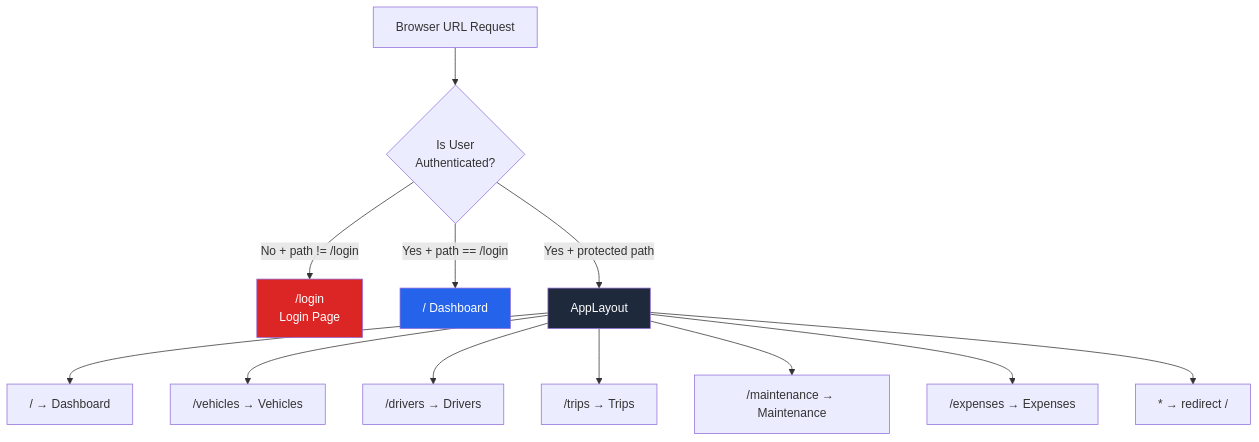
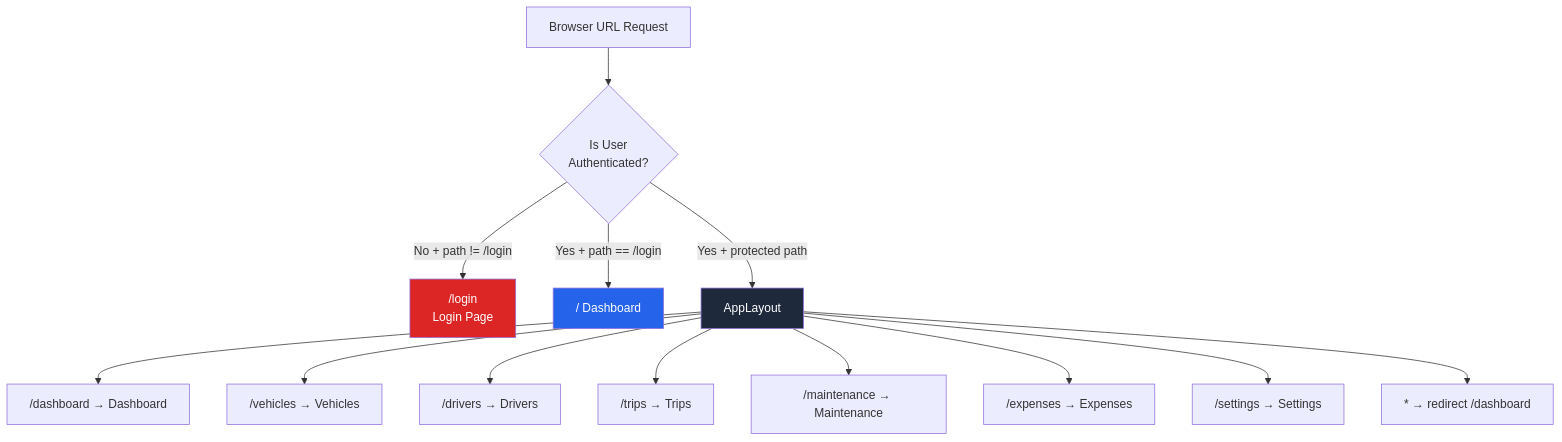
One commit to pvraguram/TransitOps-Smart-Transport-Operations-Platform changed the second of 7 diagrams in docs/FRONTEND.md. Above: the diagram before and after it, drawn with Mermaid. The commit also changed other lines of this file and 5 other files, not shown here.

````diff
--- a/docs/FRONTEND.md
+++ b/docs/FRONTEND.md
@@ -159,21 +162,22 @@
 ```mermaid
 flowchart TD
     URL["Browser URL Request"]
     URL --> CheckAuth{Is User\nAuthenticated?}
 
     CheckAuth -->|"No + path != /login"| RedirectLogin["/login\nLogin Page"]
     CheckAuth -->|"Yes + path == /login"| RedirectHome["/ Dashboard"]
     CheckAuth -->|"Yes + protected path"| AppLayout
 
-    AppLayout --> R1["/ → Dashboard"]
+    AppLayout --> R1["/dashboard → Dashboard"]
     AppLayout --> R2["/vehicles → Vehicles"]
     AppLayout --> R3["/drivers → Drivers"]
     AppLayout --> R4["/trips → Trips"]
     AppLayout --> R5["/maintenance → Maintenance"]
     AppLayout --> R6["/expenses → Expenses"]
-    AppLayout --> R7["* → redirect /"]
+    AppLayout --> R7b["/settings → Settings"]
+    AppLayout --> R7["* → redirect /dashboard"]
 
     style RedirectLogin fill:#DC2626,color:#fff
     style RedirectHome fill:#2563EB,color:#fff
     style AppLayout fill:#1E293B,color:#fff
 ```
````
